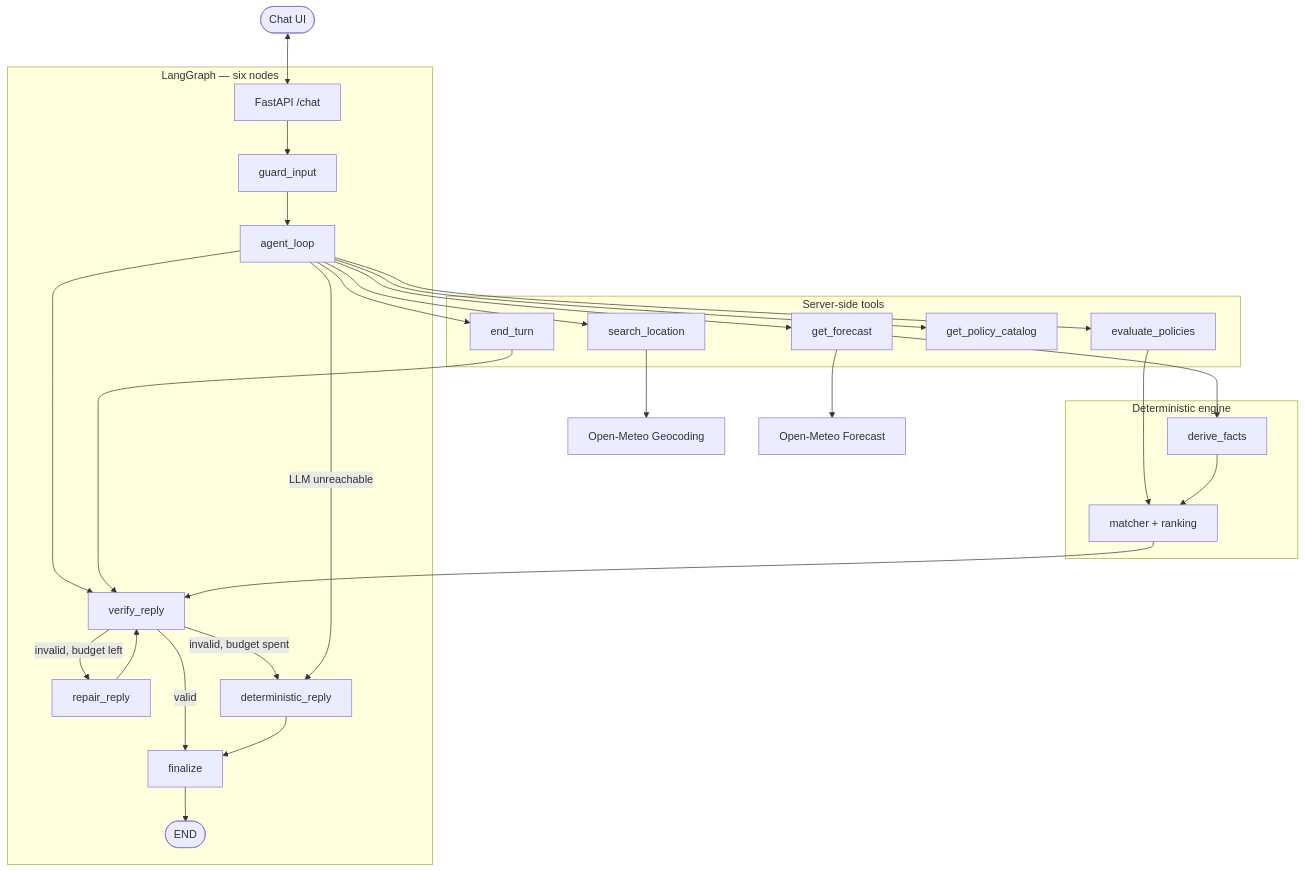
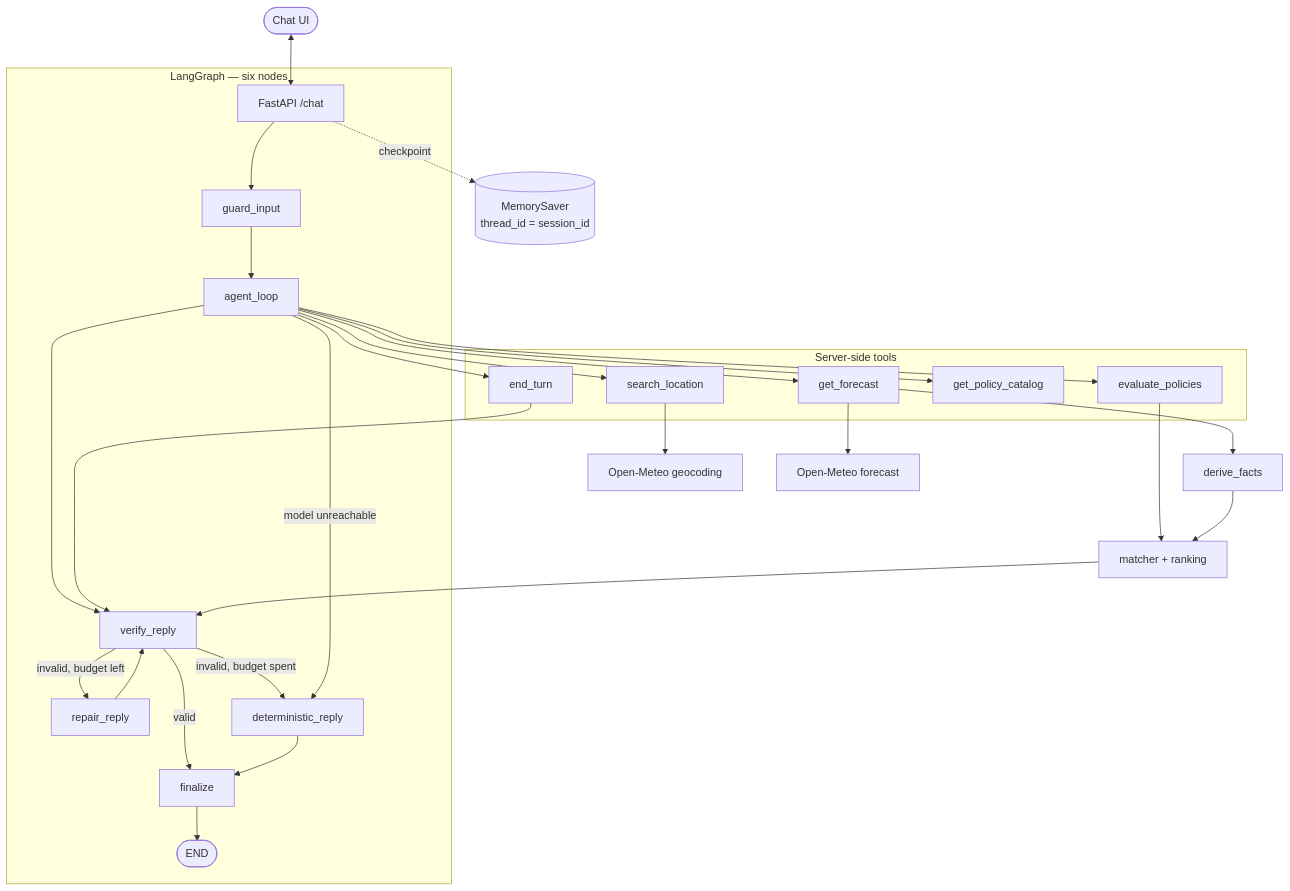
Before and after one commit to omkarbg100/Grounded-Weather-Advisory-Bot: the diagram in ARCH.md, drawn with Mermaid. The commit also changed other lines of this file and 2 other files, not shown here.

````diff
--- a/ARCH.md
+++ b/ARCH.md
@@ -22,36 +22,35 @@
 ```mermaid
 flowchart TD
     User([Chat UI]) <--> API[FastAPI /chat]
 
     subgraph Graph["LangGraph — six nodes"]
         API --> Guard[guard_input]
         Guard --> Agent[agent_loop]
         Agent --> Verify[verify_reply]
-        Verify -- "valid" --> Final[finalize]
+        Verify -- valid --> Final[finalize]
         Verify -- "invalid, budget left" --> Repair[repair_reply]
         Repair --> Verify
         Verify -- "invalid, budget spent" --> Det[deterministic_reply]
-        Agent -- "LLM unreachable" --> Det
+        Agent -- "model unreachable" --> Det
         Det --> Final
         Final --> END([END])
     end
 
     subgraph Tools["Server-side tools"]
         Agent --> SL[search_location]
         Agent --> GF[get_forecast]
         Agent --> EP[evaluate_policies]
         Agent --> PC[get_policy_catalog]
         Agent --> ET[end_turn]
     end
 
-    SL --> Geo[Open-Meteo Geocoding]
-    GF --> Wx[Open-Meteo Forecast]
+    SL --> Geo[Open-Meteo geocoding]
+    GF --> Wx[Open-Meteo forecast]
     GF --> Facts[derive_facts]
-    EP --> Match[matcher + ranking]
+    EP --> Rank[matcher + ranking]
     ET --> Verify
+    Facts --> Rank
+    Rank --> Verify
 
-    subgraph Engine["Deterministic engine"]
-        Facts --> Match
-        Match --> Verify
-    end
+    API -. checkpoint .-> CP[(MemorySaver<br/>thread_id = session_id)]
 ```
````
